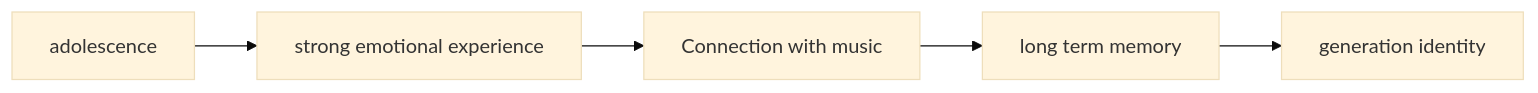
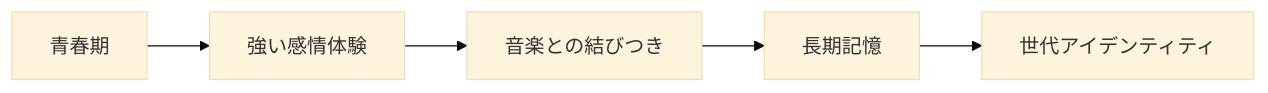
Before and after one commit to monumental-movement/monumental-movement.github.io: the second of 4 diagrams in en/_posts/2026-03-13-column-column-why-music-defines-generations.md, drawn with Mermaid (base theme). The commit also changed other lines of this file and 2196 other files, not shown here.

```diff
--- a/en/_posts/2026-03-13-column-column-why-music-defines-generations.md
+++ b/en/_posts/2026-03-13-column-column-why-music-defines-generations.md
@@ -167,7 +167,7 @@
 <div class="mermaid">
 graph LR
-A[adolescence] --> B[strong emotional experience]
-B --> C[Connection with music]
-C --> D[long term memory]
-D --> E[generation identity]
+A[青春期] --> B[強い感情体験]
+B --> C[音楽との結びつき]
+C --> D[長期記憶]
+D --> E[世代アイデンティティ]
 </div>
```
